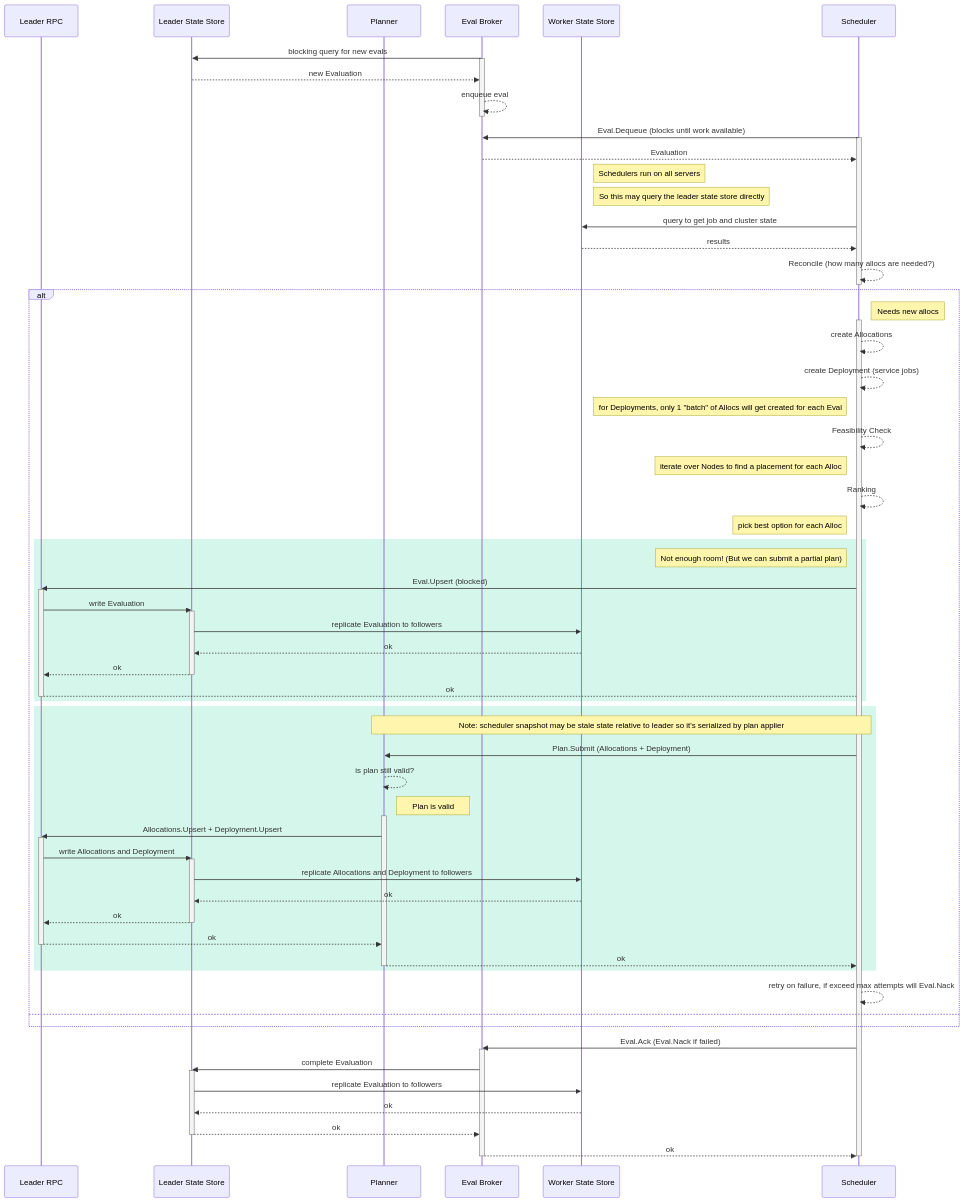
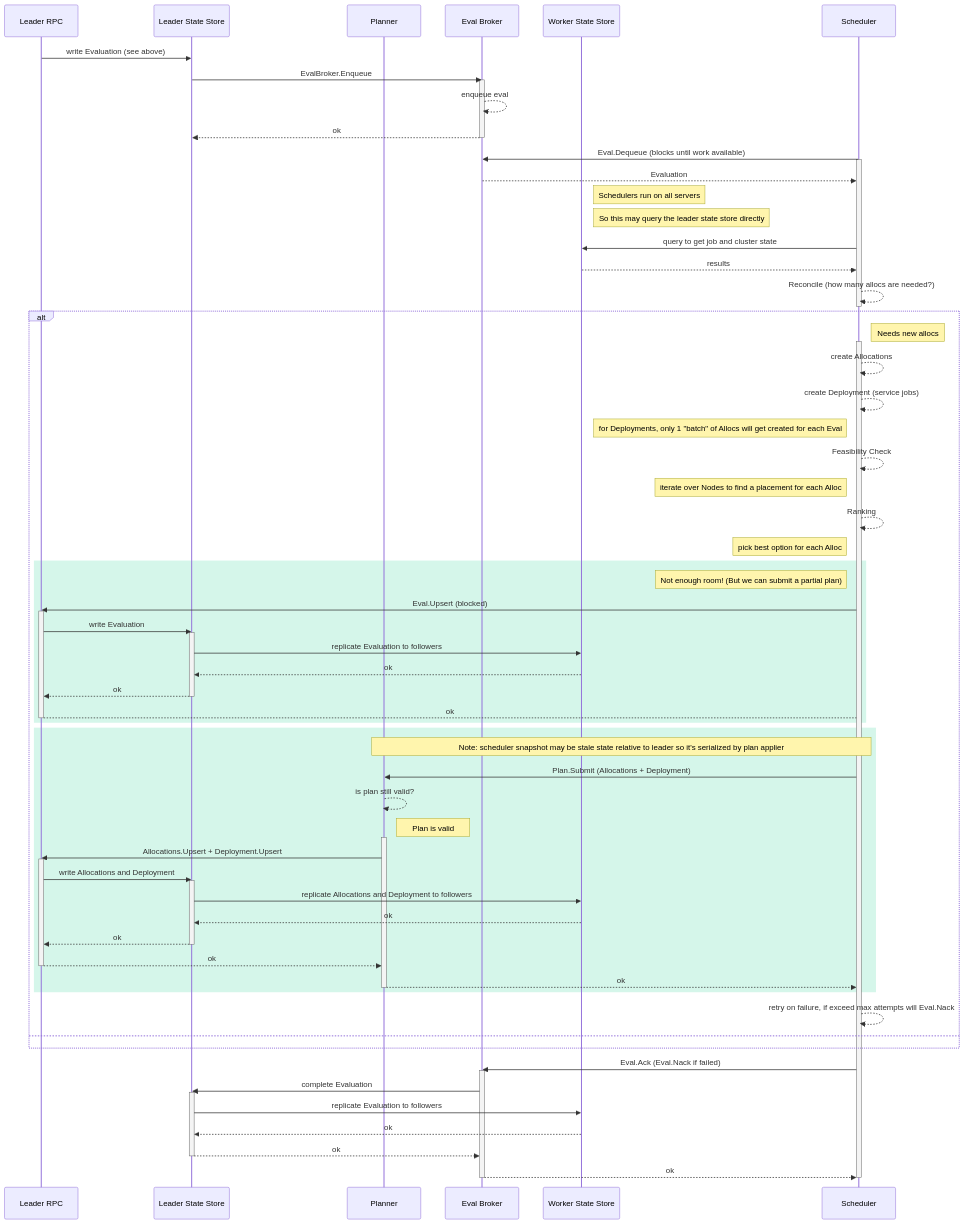
Before and after one commit to hashicorp/nomad: the second of 4 diagrams in contributing/architecture-eval-lifecycle.md, drawn with Mermaid. The commit also changed other lines of this file and 3 other files, not shown here.

```diff
--- a/contributing/architecture-eval-lifecycle.md
+++ b/contributing/architecture-eval-lifecycle.md
@@ -138,16 +157,16 @@
     participant workerFSM as Worker State Store
     participant sched as Scheduler
 
-    broker ->> leaderFSM: blocking query for new evals
+    leaderRpc ->> leaderFSM: write Evaluation (see above)
+    leaderFSM ->> broker: EvalBroker.Enqueue
     activate broker
-    leaderFSM -->> broker: new Evaluation
     broker -->> broker: enqueue eval
+    broker -->> leaderFSM: ok
     deactivate broker
 
     sched ->> broker: Eval.Dequeue (blocks until work available)
     activate sched
     broker -->> sched: Evaluation
-
 
     Note right of workerFSM: Schedulers run on all servers
     Note right of workerFSM: So this may query the leader state store directly
```
